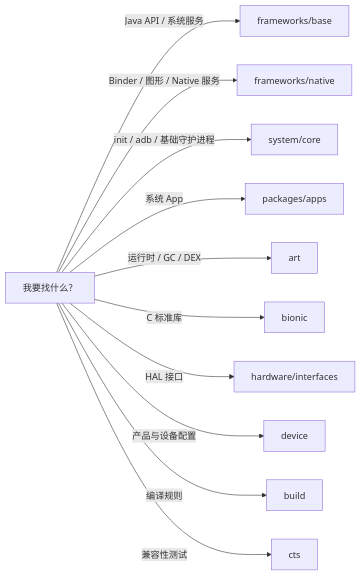
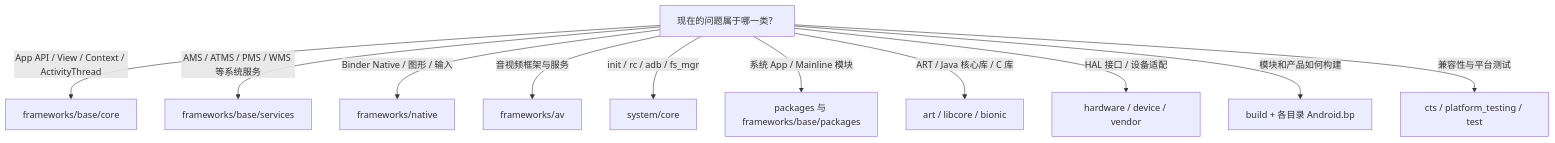
The first of 3 diagrams in Android源码学习/02-AOSP工程目录介绍.md (junyingzhao001/StudyNotes), drawn with Mermaid before and after one commit. The commit also changed other lines of this file and 30 other files, not shown here.

````diff
--- a/Android源码学习/02-AOSP工程目录介绍.md
+++ b/Android源码学习/02-AOSP工程目录介绍.md
@@ -28,14 +68,14 @@
 ```mermaid
-flowchart LR
-    Q["我要找什么？"]
-    Q -->|"Java API / 系统服务"| FB["frameworks/base"]
-    Q -->|"Binder / 图形 / Native 服务"| FN["frameworks/native"]
-    Q -->|"init / adb / 基础守护进程"| SC["system/core"]
-    Q -->|"系统 App"| PA["packages/apps"]
-    Q -->|"运行时 / GC / DEX"| ART["art"]
-    Q -->|"C 标准库"| BI["bionic"]
-    Q -->|"HAL 接口"| HI["hardware/interfaces"]
-    Q -->|"产品与设备配置"| DE["device"]
-    Q -->|"编译规则"| BU["build"]
-    Q -->|"兼容性测试"| CTS["cts"]
+flowchart TD
+    Q["现在的问题属于哪一类？"]
+    Q -->|"App API / View / Context / ActivityThread"| FBC["frameworks/base/core"]
+    Q -->|"AMS / ATMS / PMS / WMS 等系统服务"| FBS["frameworks/base/services"]
+    Q -->|"Binder Native / 图形 / 输入"| FN["frameworks/native"]
+    Q -->|"音视频框架与服务"| FAV["frameworks/av"]
+    Q -->|"init / rc / adb / fs_mgr"| SC["system/core"]
+    Q -->|"系统 App / Mainline 模块"| PKG["packages 与 frameworks/base/packages"]
+    Q -->|"ART / Java 核心库 / C 库"| RT["art / libcore / bionic"]
+    Q -->|"HAL 接口 / 设备适配"| HW["hardware / device / vendor"]
+    Q -->|"模块和产品如何构建"| BUILD["build + 各目录 Android.bp"]
+    Q -->|"兼容性与平台测试"| TEST["cts / platform_testing / test"]
 ```
````
